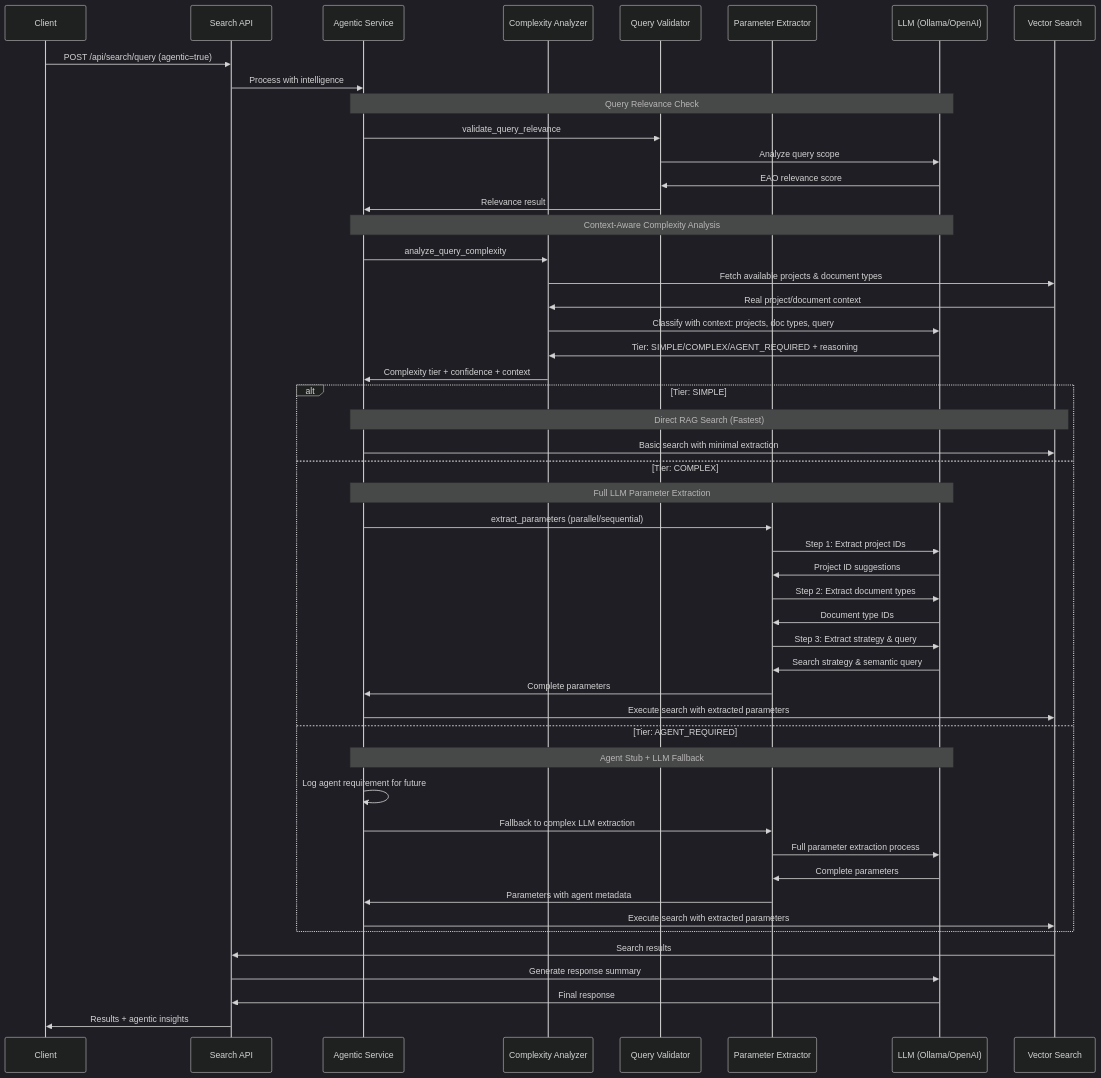
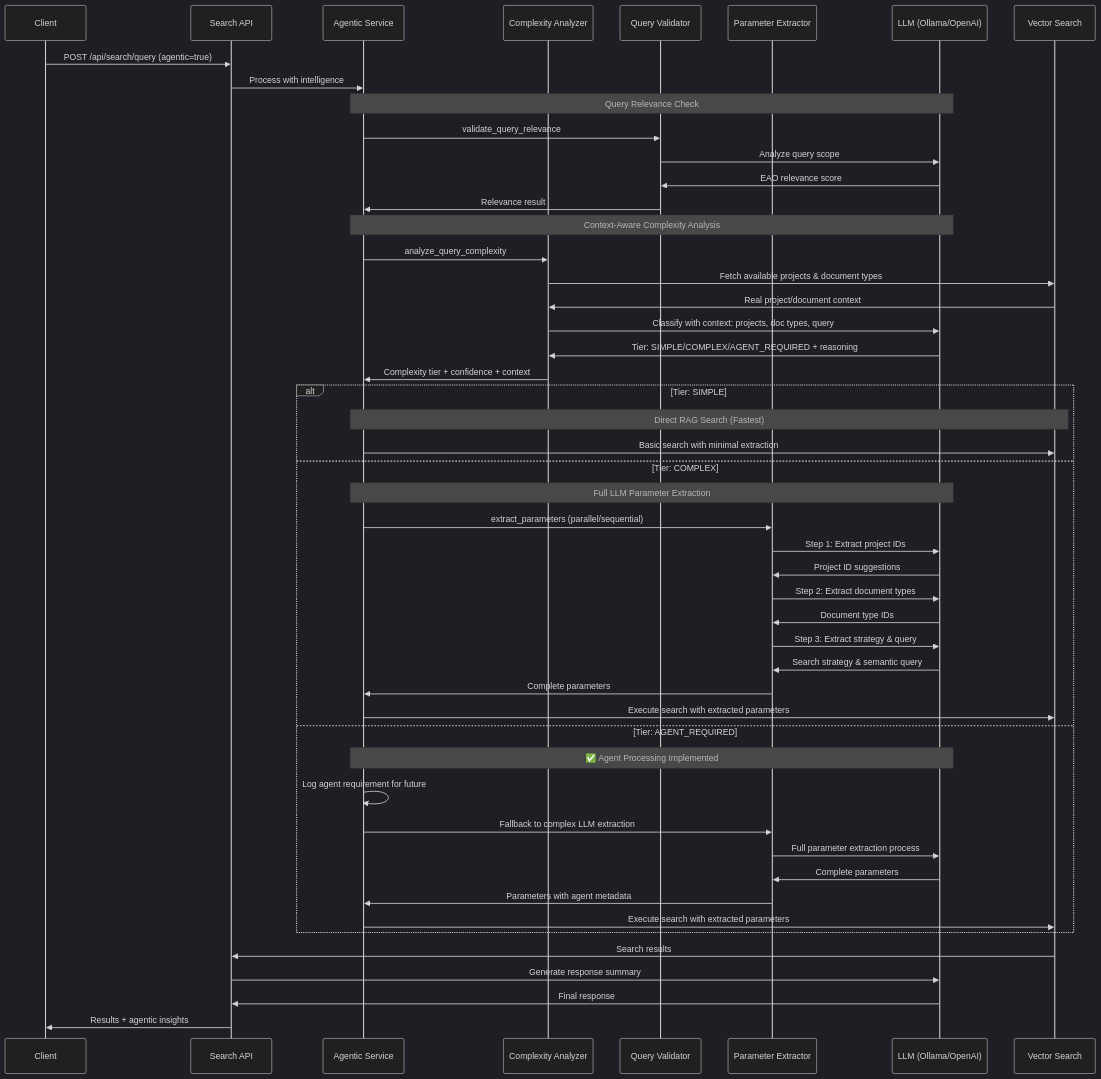
Before and after one commit to bcgov/EPIC.search: the third of 3 diagrams in search-api/DOCUMENTATION.md, drawn with Mermaid (dark theme). The commit also changed other lines of this file and 19 other files, not shown here.

Commit message:
improve the agent_stub - add temporal stuffing and location stuffing

````diff
--- a/search-api/DOCUMENTATION.md
+++ b/search-api/DOCUMENTATION.md
@@ -91,57 +91,57 @@
 ```mermaid
 sequenceDiagram
     participant Client
     participant API as Search API
     participant Agentic as Agentic Service
     participant Complexity as Complexity Analyzer
     participant Validator as Query Validator
     participant Extractor as Parameter Extractor
     participant LLM as LLM (Ollama/OpenAI)
     participant Vector as Vector Search
     
     Client->>API: POST /api/search/query (agentic=true)
     API->>Agentic: Process with intelligence
     
     Note over Agentic,LLM: Query Relevance Check
     Agentic->>Validator: validate_query_relevance
     Validator->>LLM: Analyze query scope
     LLM->>Validator: EAO relevance score
     Validator->>Agentic: Relevance result
     
     Note over Agentic,LLM: Context-Aware Complexity Analysis
     Agentic->>Complexity: analyze_query_complexity
     Complexity->>Vector: Fetch available projects & document types
     Vector->>Complexity: Real project/document context
     Complexity->>LLM: Classify with context: projects, doc types, query
     LLM->>Complexity: Tier: SIMPLE/COMPLEX/AGENT_REQUIRED + reasoning
     Complexity->>Agentic: Complexity tier + confidence + context
     
     alt Tier: SIMPLE
         Note over Agentic,Vector: Direct RAG Search (Fastest)
         Agentic->>Vector: Basic search with minimal extraction
     else Tier: COMPLEX
         Note over Agentic,LLM: Full LLM Parameter Extraction
         Agentic->>Extractor: extract_parameters (parallel/sequential)
         Extractor->>LLM: Step 1: Extract project IDs
         LLM->>Extractor: Project ID suggestions
         Extractor->>LLM: Step 2: Extract document types
         LLM->>Extractor: Document type IDs
         Extractor->>LLM: Step 3: Extract strategy & query
         LLM->>Extractor: Search strategy & semantic query
         Extractor->>Agentic: Complete parameters
         Agentic->>Vector: Execute search with extracted parameters
     else Tier: AGENT_REQUIRED
-        Note over Agentic,LLM: Agent Stub + LLM Fallback
+        Note over Agentic,LLM: ✅ Agent Processing Implemented
         Agentic->>Agentic: Log agent requirement for future
         Agentic->>Extractor: Fallback to complex LLM extraction
         Extractor->>LLM: Full parameter extraction process
         LLM->>Extractor: Complete parameters
         Extractor->>Agentic: Parameters with agent metadata
         Agentic->>Vector: Execute search with extracted parameters
     end
     
     Vector->>API: Search results
     API->>LLM: Generate response summary
     LLM->>API: Final response
     API->>Client: Results + agentic insights
 ```
````
